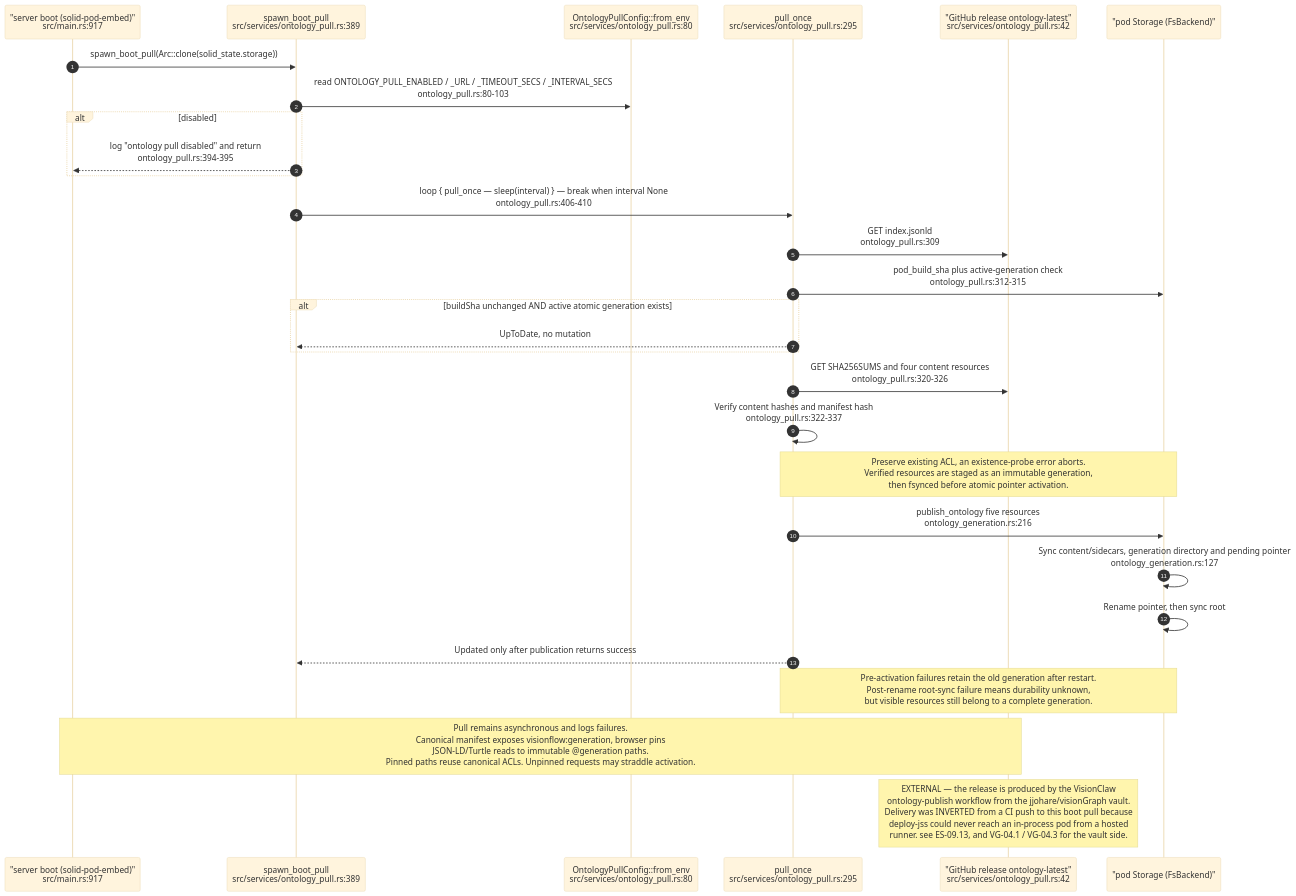
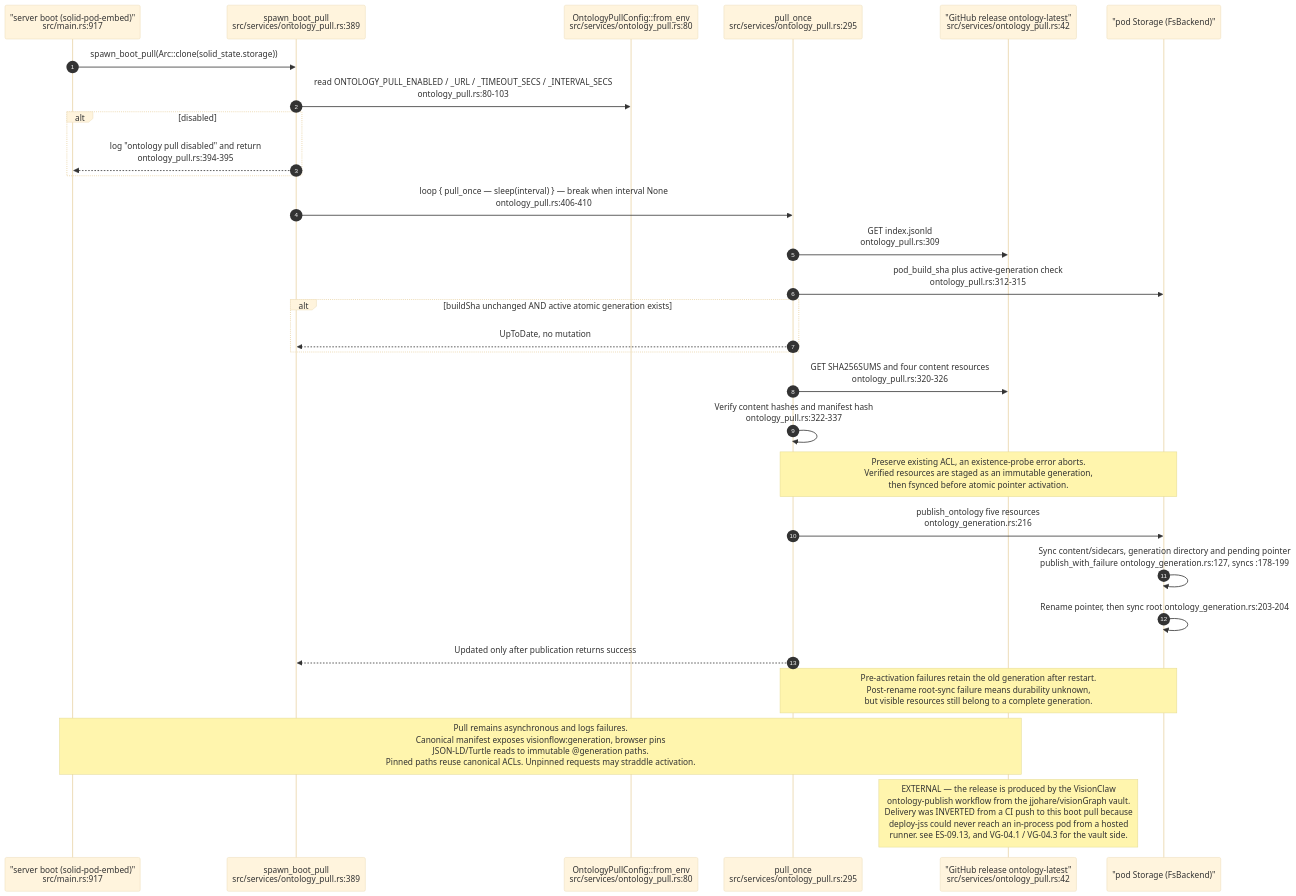
Diagram 11 of 13 in docs/diagrams/estate/08-solid-pod-estate.md (DreamLab-AI/VisionFlow), drawn with Mermaid (base theme) before and after one commit. The commit also changed other lines of this file and 91 other files, not shown here.

````diff
--- a/docs/diagrams/estate/08-solid-pod-estate.md
+++ b/docs/diagrams/estate/08-solid-pod-estate.md
@@ -460,32 +480,32 @@
 ```mermaid
 sequenceDiagram
     autonumber
     participant M as "server boot (solid-pod-embed)"<br/>src/main.rs:917
     participant SP as spawn_boot_pull<br/>src/services/ontology_pull.rs:389
     participant CFG as OntologyPullConfig::from_env<br/>src/services/ontology_pull.rs:80
     participant P1 as pull_once<br/>src/services/ontology_pull.rs:295
     participant REL as "GitHub release ontology-latest"<br/>src/services/ontology_pull.rs:42
     participant ST as "pod Storage (FsBackend)"
 
     M->>SP: spawn_boot_pull(Arc::clone(solid_state.storage))
     SP->>CFG: read ONTOLOGY_PULL_ENABLED / _URL / _TIMEOUT_SECS / _INTERVAL_SECS<br/>ontology_pull.rs:80-103
     alt disabled
         SP-->>M: log "ontology pull disabled" and return<br/>ontology_pull.rs:394-395
     end
     SP->>P1: loop { pull_once — sleep(interval) } — break when interval None<br/>ontology_pull.rs:406-410
     P1->>REL: GET index.jsonld<br/>ontology_pull.rs:309
     P1->>ST: pod_build_sha plus active-generation check<br/>ontology_pull.rs:312-315
     alt buildSha unchanged AND active atomic generation exists
         P1-->>SP: UpToDate, no mutation
     end
     P1->>REL: GET SHA256SUMS and four content resources<br/>ontology_pull.rs:320-326
     P1->>P1: Verify content hashes and manifest hash<br/>ontology_pull.rs:322-337
     Note over P1,ST: Preserve existing ACL, an existence-probe error aborts.<br/>Verified resources are staged as an immutable generation,<br/>then fsynced before atomic pointer activation.
     P1->>ST: publish_ontology five resources<br/>ontology_generation.rs:216
-    ST->>ST: Sync content/sidecars, generation directory and pending pointer<br/>ontology_generation.rs:127
-    ST->>ST: Rename pointer, then sync root
+    ST->>ST: Sync content/sidecars, generation directory and pending pointer<br/>publish_with_failure ontology_generation.rs:127, syncs :178-199
+    ST->>ST: Rename pointer, then sync root ontology_generation.rs:203-204
     P1-->>SP: Updated only after publication returns success
     Note over P1,ST: Pre-activation failures retain the old generation after restart.<br/>Post-rename root-sync failure means durability unknown,<br/>but visible resources still belong to a complete generation.
     Note over M,REL: Pull remains asynchronous and logs failures.<br/>Canonical manifest exposes visionflow:generation, browser pins<br/>JSON-LD/Turtle reads to immutable @generation paths.<br/>Pinned paths reuse canonical ACLs. Unpinned requests may straddle activation.
     Note over REL: EXTERNAL — the release is produced by the VisionClaw<br/>ontology-publish workflow from the jjohare/visionGraph vault.<br/>Delivery was INVERTED from a CI push to this boot pull because<br/>deploy-jss could never reach an in-process pod from a hosted<br/>runner. see ES-09.13, and VG-04.1 / VG-04.3 for the vault side.
 ```
````
